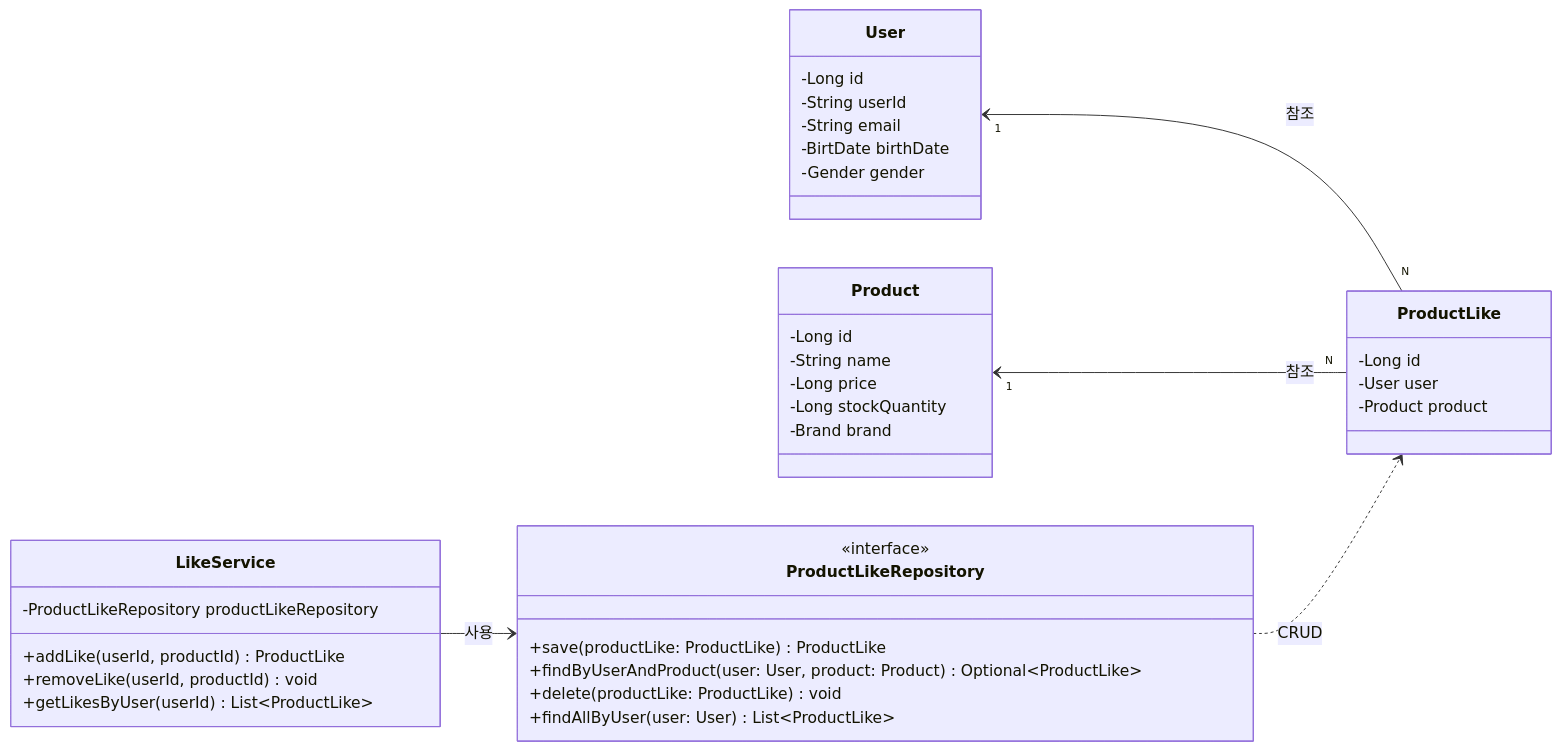
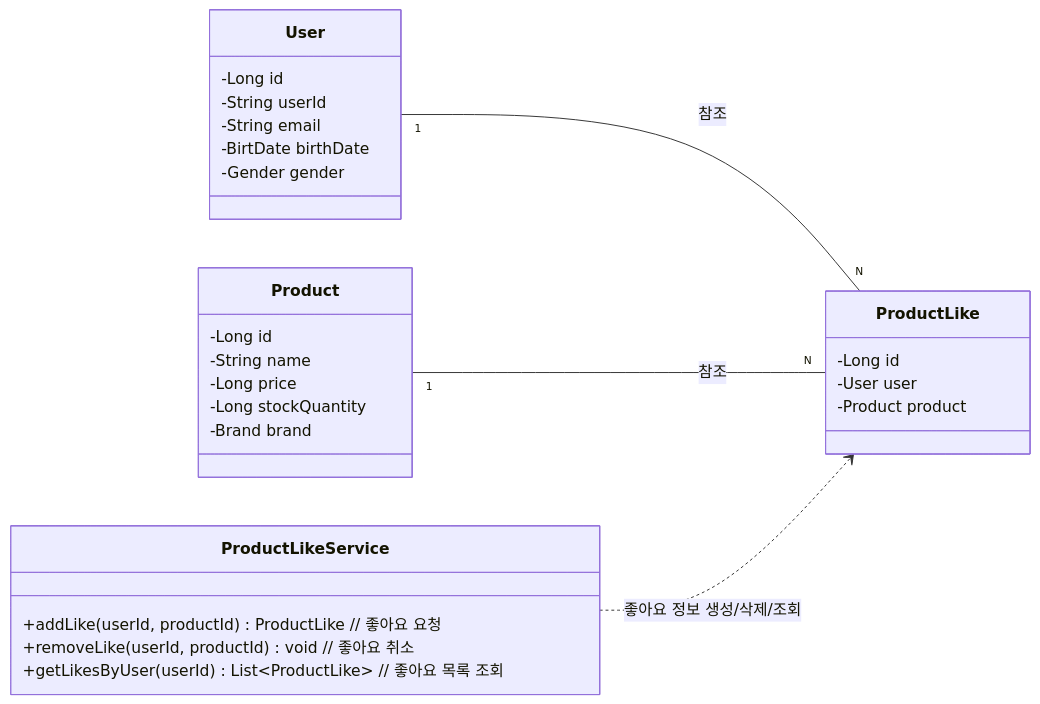
One commit to connieya/gamsung-commerce changed the third of 4 diagrams in docs/design/03-class-diagrams.md. Above: the diagram before and after it, drawn with Mermaid. The commit also changed other lines of this file, not shown here.

Commit message:
docs : 클래스 다이어그램 수정

````diff
--- a/docs/design/03-class-diagrams.md
+++ b/docs/design/03-class-diagrams.md
@@ -64,46 +106,38 @@
 ```mermaid
 classDiagram
     direction LR
 
     class User {
         -Long id
         -String userId
         -String email
         -BirtDate birthDate
         -Gender gender
     }
 
     class Product {
         -Long id
         -String name
         -Long price
         -Long stockQuantity
         -Brand brand
     }
 
     class ProductLike {
         -Long id
         -User user
         -Product product
     }
 
-    class ProductLikeRepository {
-        <<interface>>
-        +save(productLike: ProductLike) ProductLike
-        +findByUserAndProduct(user: User, product: Product) Optional~ProductLike~
-        +delete(productLike: ProductLike) void
-        +findAllByUser(user: User) List~ProductLike~
+    class ProductLikeService {
+        +addLike(userId, productId) ProductLike // 좋아요 요청
+        +removeLike(userId, productId) void // 좋아요 취소
+        +getLikesByUser(userId) List~ProductLike~ // 좋아요 목록 조회
     }
 
-    class LikeService {
-        -ProductLikeRepository productLikeRepository
-        +addLike(userId, productId) ProductLike
-        +removeLike(userId, productId) void
-        +getLikesByUser(userId) List~ProductLike~
-    }
+    User "1" -- "N" ProductLike : 참조
+    Product "1" -- "N" ProductLike : 참조
 
-    User "1"<--"N" ProductLike : 참조
-    Product "1"<--"N" ProductLike : 참조
-    LikeService --> ProductLikeRepository : 사용
-    ProductLikeRepository ..> ProductLike : CRUD
+ 
+    ProductLikeService ..> ProductLike : 좋아요 정보 생성/삭제/조회
 ```
````
